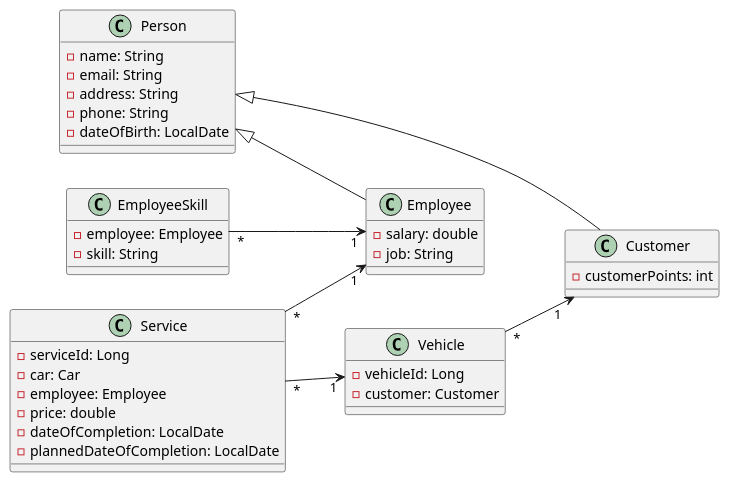
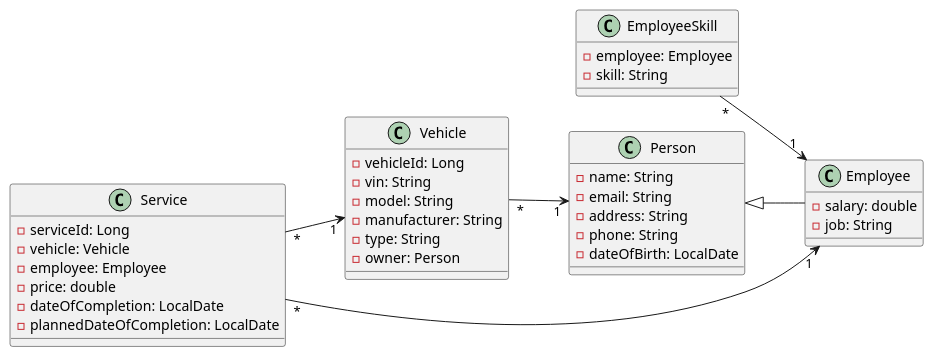
Before and after one commit to 2122-4ahif-nvs/01-microproject-markusremplbauer: the diagram in asciidocs/plantuml/vehicle-workshop.puml, drawn with PlantUML. The commit also changed 8 other files, not shown here.

```diff
--- a/asciidocs/plantuml/vehicle-workshop.puml
+++ b/asciidocs/plantuml/vehicle-workshop.puml
@@ -1,49 +1,49 @@
 @startuml
 
 left to right direction
 
 class Vehicle{
     - vehicleId: Long
-    - customer: Customer
+    - vin: String
+    - model: String
+    - manufacturer: String
+    - type: String
+    - owner: Person
 }
 
 class Person{
     - name: String
     - email: String
     - address: String
     - phone: String
     - dateOfBirth: LocalDate
-}
-
-class Customer{
-    - customerPoints: int
 }
 
 class Employee{
     - salary: double
     - job: String
 }
 
 class EmployeeSkill{
     - employee: Employee
     - skill: String
 }
 
 class Service{
     - serviceId: Long
-    - car: Car
+    - vehicle: Vehicle
     - employee: Employee
     - price: double
     - dateOfCompletion: LocalDate
     - plannedDateOfCompletion: LocalDate
 }
 
-Person <|-- Customer
 Person <|-- Employee
 Service "*" --> "1" Vehicle
 Service "*" --> "1" Employee
-Vehicle "*" --> "1" Customer
+Vehicle "*" --> "1" Person
+
 EmployeeSkill "*" --> "1" Employee
 
 
 @enduml
```
